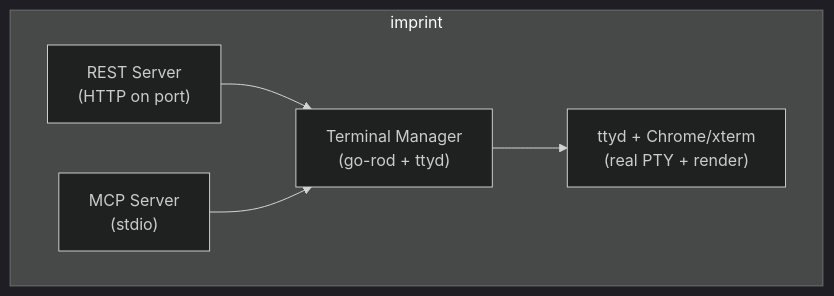
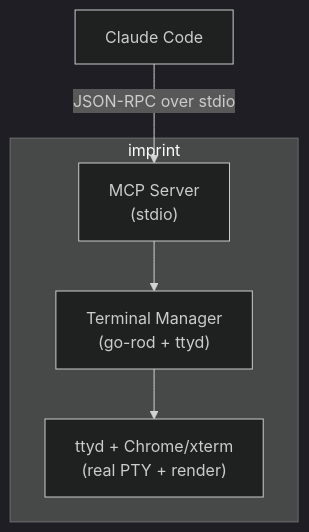
One commit to kessler-frost/imprint changed the diagram in PLAN.md. Above: the diagram before and after it, drawn with Mermaid (dark theme). The commit also changed other lines of this file and 10 other files, not shown here.

First line of the commit message:
Remove REST API and daemon mode, simplify to MCP-only

````diff
--- a/PLAN.md
+++ b/PLAN.md
@@ -14,13 +14,13 @@
 ```mermaid
 flowchart TB
     subgraph imprint
-        REST["REST Server<br/>(HTTP on port)"]
         MCP["MCP Server<br/>(stdio)"]
         TM["Terminal Manager<br/>(go-rod + ttyd)"]
         TTY["ttyd + Chrome/xterm<br/>(real PTY + render)"]
 
-        REST --> TM
         MCP --> TM
         TM --> TTY
     end
+
+    Claude["Claude Code"] -->|"JSON-RPC over stdio"| MCP
 ```
````
